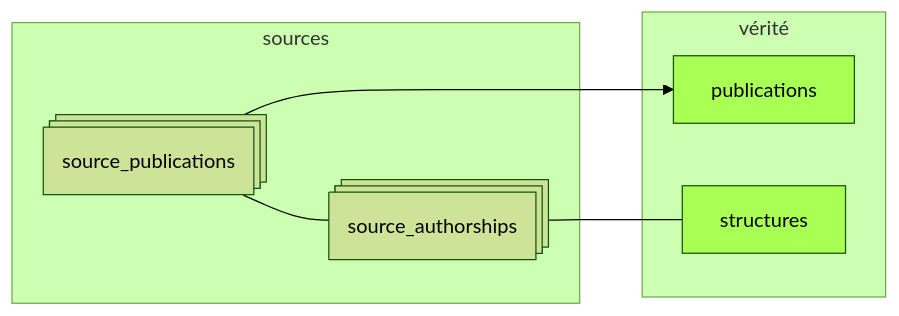
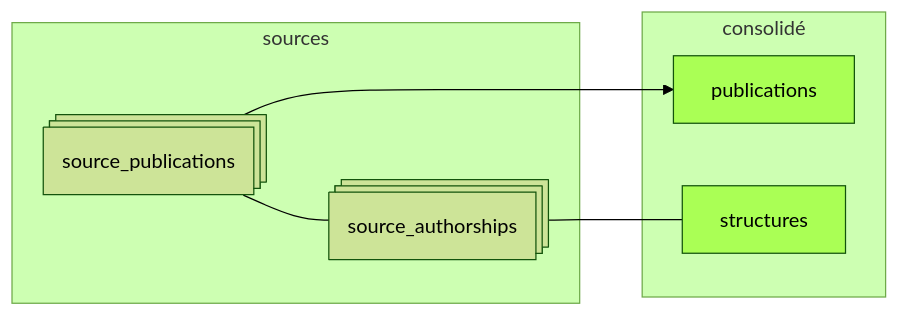
The second of 4 diagrams in docs/pipeline/12-resume.md (Y33sha/bibliometrie-uca), drawn with Mermaid (forest theme) before and after one commit. The commit also changed other lines of this file and 16 other files, not shown here.

````diff
--- a/docs/pipeline/12-resume.md
+++ b/docs/pipeline/12-resume.md
@@ -24,19 +24,19 @@
 ```mermaid
 flowchart LR
-    subgraph vérité
+    subgraph consolidé
         publications
         structures
 
     end
 
     subgraph sources
 
 
         SP@{ shape: procs, label: "source_publications"}---SA@{ shape: procs, label: "source_authorships"}
         SA---structures
     end
 
     SP-->publications
     classDef valid  fill:#af5
     class structures,publications valid;
 ```
````
